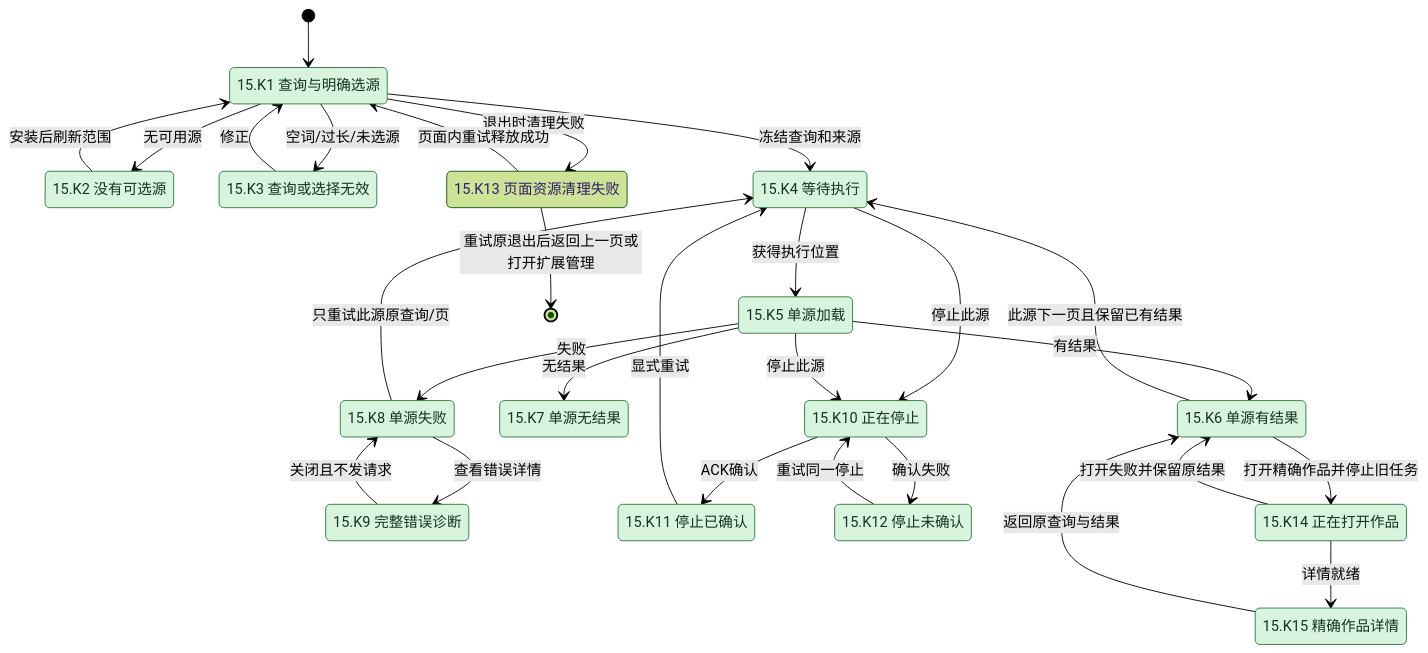
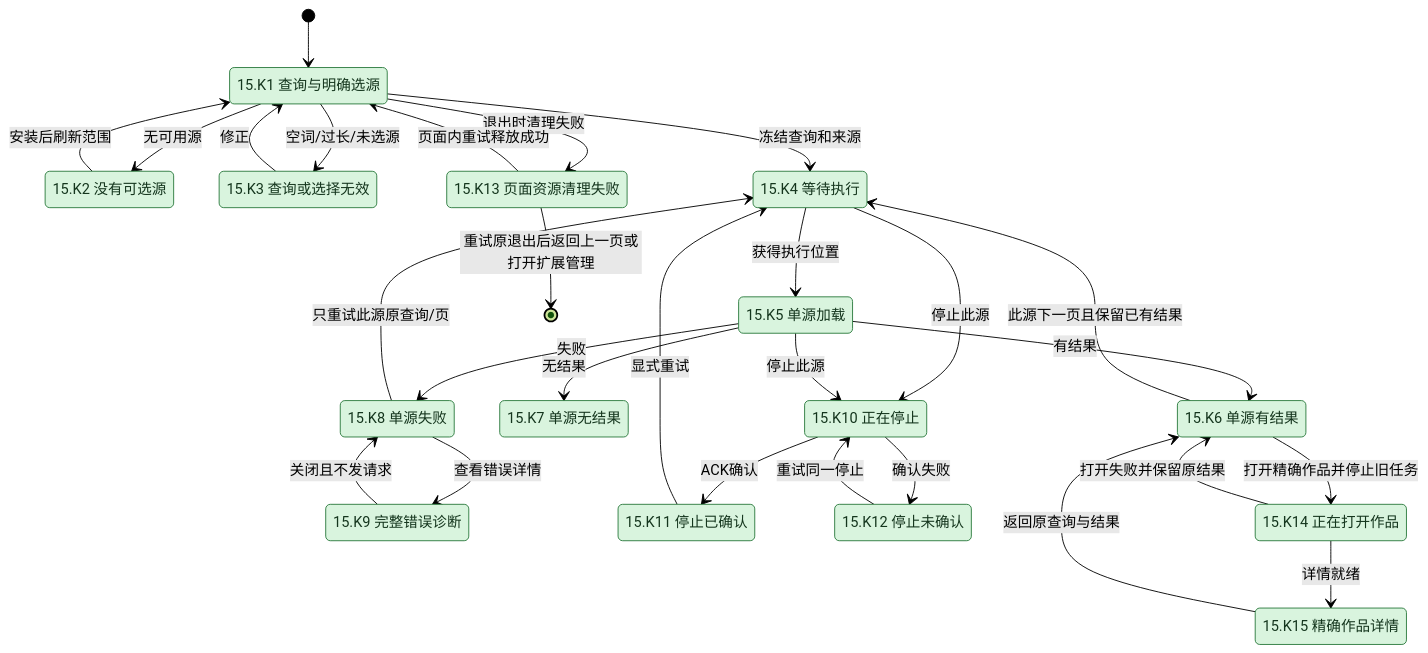
Diagram 20 of 21 in docs/verification/mihon-state-coverage.md (Wybxc/karuyomi), drawn with Mermaid (forest theme) before and after one commit. The commit also changed other lines of this file and 4 other files, not shown here.

````diff
--- a/docs/verification/mihon-state-coverage.md
+++ b/docs/verification/mihon-state-coverage.md
@@ -1772,48 +1772,48 @@
 ```mermaid
 stateDiagram-v2
     [*] --> Q0
     state "15.K1 查询与明确选源" as Q0
     state "15.K2 没有可选源" as Q1
     state "15.K3 查询或选择无效" as Q2
     state "15.K4 等待执行" as Q3
     state "15.K5 单源加载" as Q4
     state "15.K6 单源有结果" as Q5
     state "15.K7 单源无结果" as Q6
     state "15.K8 单源失败" as Q7
     state "15.K9 完整错误诊断" as Q8
     state "15.K10 正在停止" as Q9
     state "15.K11 停止已确认" as Q10
     state "15.K12 停止未确认" as Q11
     state "15.K13 页面资源清理失败" as Q12
     state "15.K14 正在打开作品" as Q13
     state "15.K15 精确作品详情" as Q14
     Q0 --> Q1: 无可用源
     Q1 --> Q0: 安装后刷新范围
     Q0 --> Q2: 空词/过长/未选源
     Q2 --> Q0: 修正
     Q0 --> Q3: 冻结查询和来源
     Q3 --> Q4: 获得执行位置
     Q4 --> Q5: 有结果
     Q4 --> Q6: 无结果
     Q4 --> Q7: 失败
     Q7 --> Q8: 查看错误详情
     Q8 --> Q7: 关闭且不发请求
     Q7 --> Q3: 只重试此源原查询/页
     Q5 --> Q3: 此源下一页且保留已有结果
     Q3 --> Q9: 停止此源
     Q4 --> Q9: 停止此源
     Q9 --> Q10: ACK确认
     Q9 --> Q11: 确认失败
     Q11 --> Q9: 重试同一停止
     Q10 --> Q3: 显式重试
     Q5 --> Q13: 打开精确作品并停止旧任务
     Q13 --> Q14: 详情就绪
     Q13 --> Q5: 打开失败并保留原结果
     Q14 --> Q5: 返回原查询与结果
     Q0 --> Q12: 退出时清理失败
     Q12 --> Q0: 页面内重试释放成功
     Q12 --> [*]: 重试原退出后返回上一页或打开扩展管理
     classDef partial fill:#fff0ce,color:#412e00,stroke:#b07a00
     classDef paired fill:#d9f4de,color:#14351d,stroke:#2b7a3d
-    class Q0,Q1,Q2,Q3,Q4,Q5,Q6,Q7,Q8,Q9,Q10,Q11,Q13,Q14 paired
+    class Q0,Q1,Q2,Q3,Q4,Q5,Q6,Q7,Q8,Q9,Q10,Q11,Q12,Q13,Q14 paired
 ```
````
